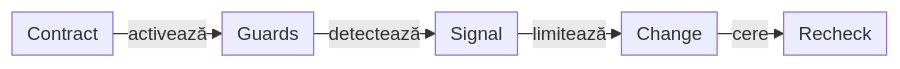
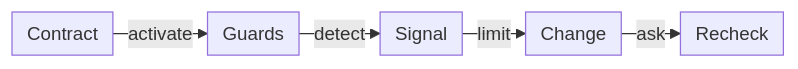
One commit to crististefanita/atf_j0 changed the tenth of 12 diagrams in docs/ATF_Architecture.md. Above: the diagram before and after it, drawn with Mermaid. The commit also changed other lines of this file and 113 other files, not shown here.

````diff
--- a/docs/ATF_Architecture.md
+++ b/docs/ATF_Architecture.md
@@ -690,8 +658,8 @@
 ```mermaid
 %%{init: {"themeVariables":{"fontSize":"15px"},"themeCSS":".nodeLabel, .nodeLabel p { font-size: 15px !important; line-height: 1.35 !important; } .edgeLabel, .edgeLabel p { font-size: 12px !important; font-weight: 400 !important; line-height: 1.2 !important; } .edgeLabel .labelBkg, .edgeLabel p { background: transparent !important; } .edgeLabel foreignObject { transform: translateY(-18px); overflow: visible; } .node rect { rx: 6px; ry: 6px; }","flowchart":{"curve":"linear","nodeSpacing":24,"rankSpacing":24,"padding":6,"diagramPadding":20}}}%%
 flowchart LR
-    Closed["Contract"] -->|activează| Guarded["Guards"]
-    Guarded -->|detectează| Trigger["Signal"]
-    Trigger -->|limitează| Scope["Change"]
-    Scope -->|cere| Recheck["Recheck"]
+    Closed["Contract"] -->|activate| Guarded["Guards"]
+    Guarded -->|detect| Trigger["Signal"]
+    Trigger -->|limit| Scope["Change"]
+    Scope -->|ask| Recheck["Recheck"]
 ```
````
